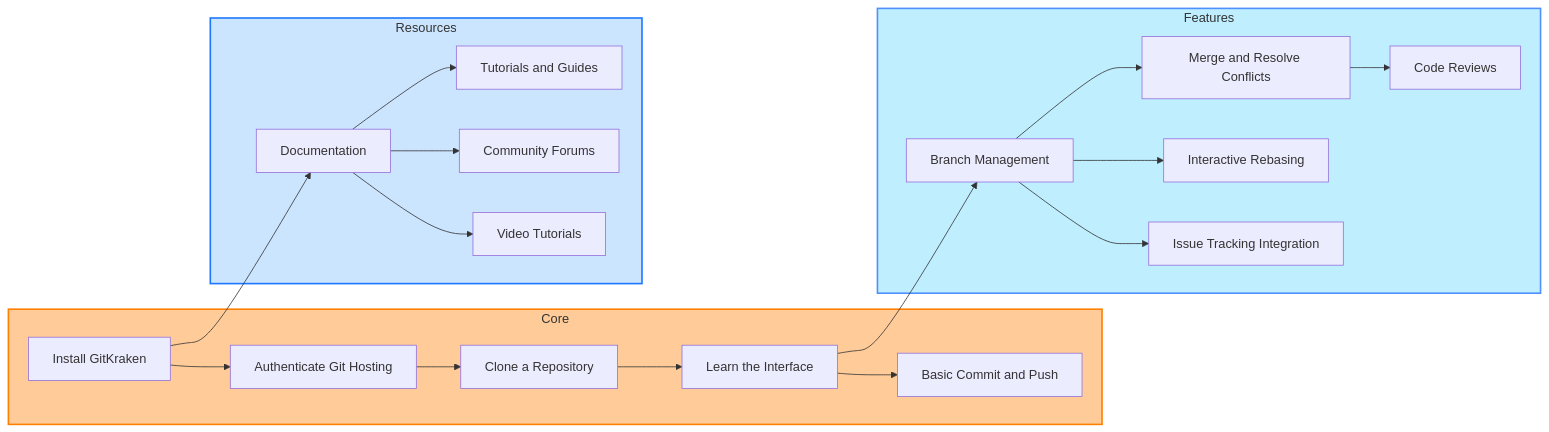
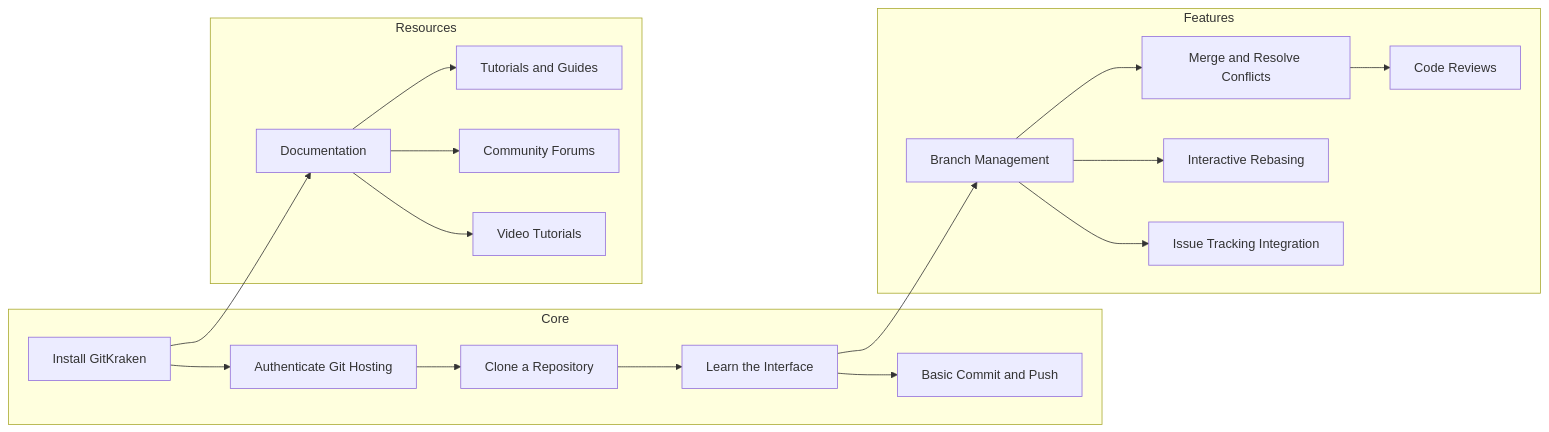
The second of 2 diagrams in README.md (AnthonyByansi/GitKraken-Compendium), drawn with Mermaid before and after one commit.

````diff
--- a/README.md
+++ b/README.md
@@ -79,48 +79,46 @@
 ```mermaid
 flowchart LR
 
 subgraph Core
   id1[Install GitKraken]
   id2[Authenticate Git Hosting]
   id3[Clone a Repository]
   id4[Learn the Interface]
   id5[Basic Commit and Push]
 end
 
 subgraph Features
   id6[Branch Management]
   id7[Merge and Resolve Conflicts]
   id8[Code Reviews]
   id9[Interactive Rebasing]
   id10[Issue Tracking Integration]
 end
 
 subgraph Resources
   id11[Documentation]
   id12[Tutorials and Guides]
   id13[Community Forums]
   id14[Video Tutorials]
 end
 
 id1 --> id2
 id2 --> id3
 id3 --> id4
 id4 --> id5
 
 id4 --> id6
 id6 --> id7
 id6 --> id9
 id6 --> id10
 id7 --> id8
 
 id1 --> id11
 id11 --> id12
 id11 --> id13
 id11 --> id14
 
-style Core fill:#FFCC99, stroke:#FF8000, stroke-width:2px
-style Features fill:#BFEFFF, stroke:#4D90FE, stroke-width:2px
-style Resources fill:#CCE5FF, stroke:#1C77FF, stroke-width:2px
+
 
 
 ```
````
